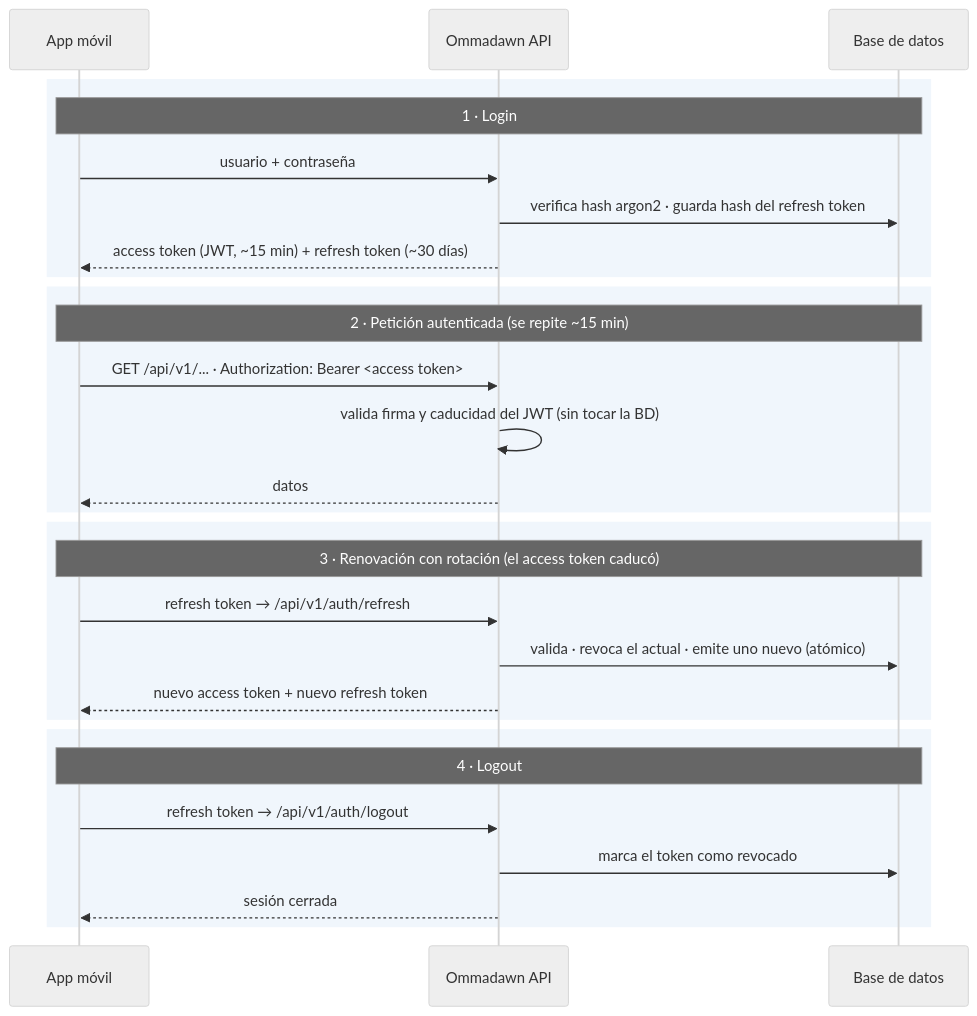
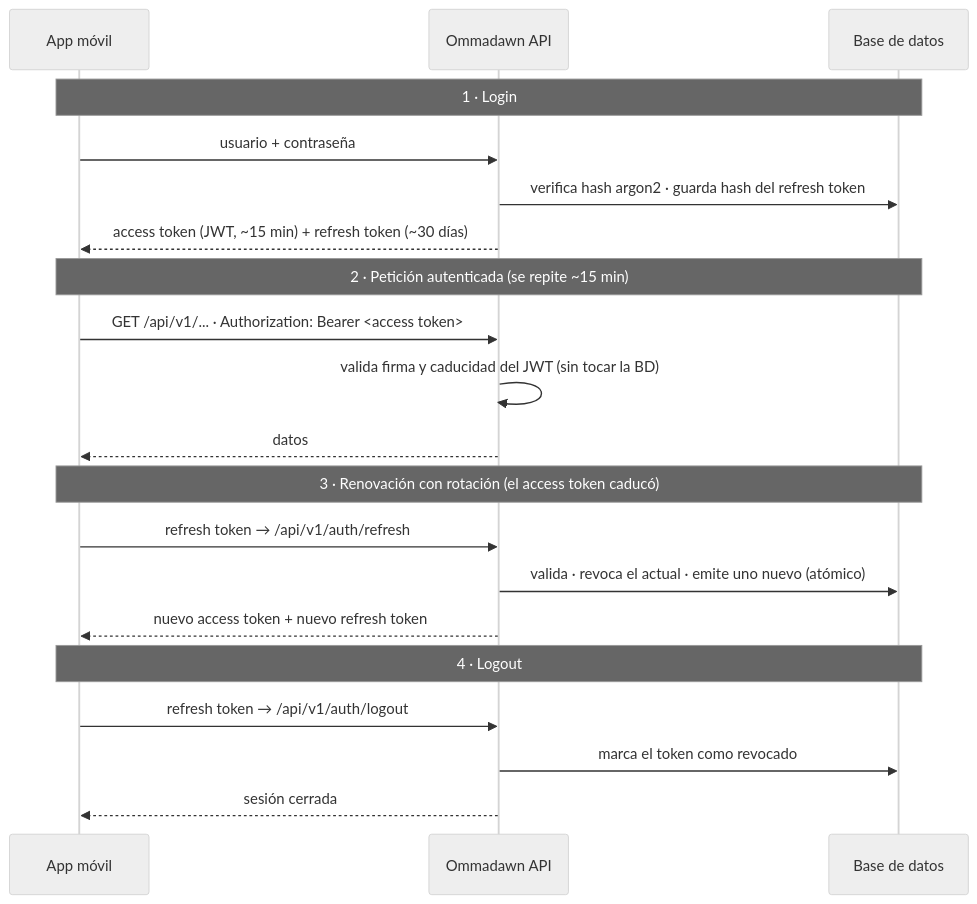
Before and after one commit to Rural-Code-Labs/ommadawn-api: the diagram in README.md, drawn with Mermaid (neutral theme).

Commit message:
docs: quita el sombreado rect del diagrama Mermaid (legible en tema claro y oscuro)

````diff
--- a/README.md
+++ b/README.md
@@ -134,34 +134,26 @@
 ```mermaid
 sequenceDiagram
     participant App as App móvil
     participant API as Ommadawn API
     participant DB as Base de datos
 
-    rect rgb(240, 246, 252)
     note over App,DB: 1 · Login
     App->>API: usuario + contraseña
     API->>DB: verifica hash argon2 · guarda hash del refresh token
     API-->>App: access token (JWT, ~15 min) + refresh token (~30 días)
-    end
 
-    rect rgb(240, 246, 252)
     note over App,DB: 2 · Petición autenticada (se repite ~15 min)
     App->>API: GET /api/v1/... · Authorization: Bearer <access token>
     API->>API: valida firma y caducidad del JWT (sin tocar la BD)
     API-->>App: datos
-    end
 
-    rect rgb(240, 246, 252)
     note over App,DB: 3 · Renovación con rotación (el access token caducó)
     App->>API: refresh token → /api/v1/auth/refresh
     API->>DB: valida · revoca el actual · emite uno nuevo (atómico)
     API-->>App: nuevo access token + nuevo refresh token
-    end
 
-    rect rgb(240, 246, 252)
     note over App,DB: 4 · Logout
     App->>API: refresh token → /api/v1/auth/logout
     API->>DB: marca el token como revocado
     API-->>App: sesión cerrada
-    end
 ```
````
